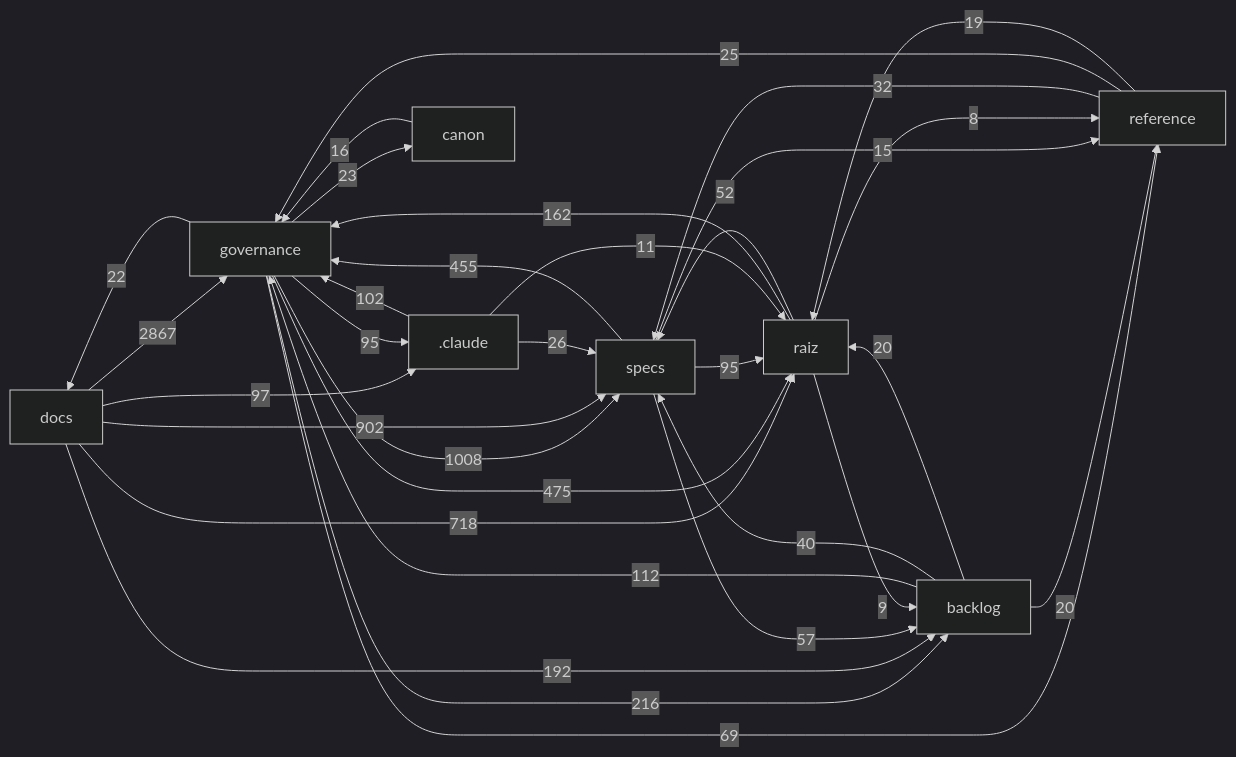
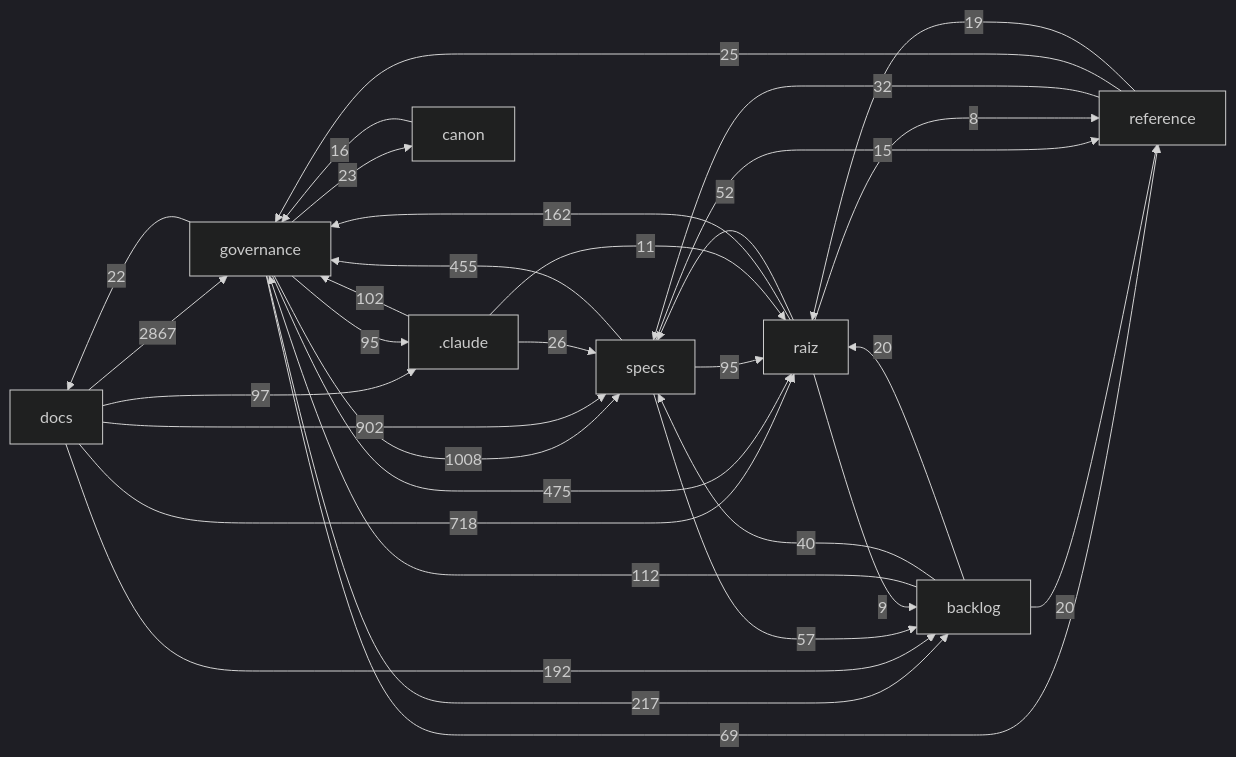
One commit to Andraus35/Sistema-Operacional-de-Trading--SOT changed the diagram in docs/mapa/MAPA-PROJETO.md. Above: the diagram before and after it, drawn with Mermaid (dark theme). The commit also changed other lines of this file and 3 other files, not shown here.

````diff
--- a/docs/mapa/MAPA-PROJETO.md
+++ b/docs/mapa/MAPA-PROJETO.md
@@ -29,34 +29,34 @@
 ```mermaid
 flowchart LR
   docs["docs"] -->|2867| governance["governance"]
   governance["governance"] -->|1008| specs["specs"]
   docs["docs"] -->|902| specs["specs"]
   docs["docs"] -->|718| raiz["raiz"]
   governance["governance"] -->|475| raiz["raiz"]
   specs["specs"] -->|455| governance["governance"]
-  governance["governance"] -->|216| backlog["backlog"]
+  governance["governance"] -->|217| backlog["backlog"]
   docs["docs"] -->|192| backlog["backlog"]
   raiz["raiz"] -->|162| governance["governance"]
   backlog["backlog"] -->|112| governance["governance"]
   _claude[".claude"] -->|102| governance["governance"]
   docs["docs"] -->|97| _claude[".claude"]
   governance["governance"] -->|95| _claude[".claude"]
   specs["specs"] -->|95| raiz["raiz"]
   governance["governance"] -->|69| reference["reference"]
   specs["specs"] -->|57| backlog["backlog"]
   raiz["raiz"] -->|52| specs["specs"]
   backlog["backlog"] -->|40| specs["specs"]
   reference["reference"] -->|32| specs["specs"]
   _claude[".claude"] -->|26| specs["specs"]
   reference["reference"] -->|25| governance["governance"]
   governance["governance"] -->|23| canon["canon"]
   governance["governance"] -->|22| docs["docs"]
   backlog["backlog"] -->|20| raiz["raiz"]
   backlog["backlog"] -->|20| reference["reference"]
   reference["reference"] -->|19| raiz["raiz"]
   canon["canon"] -->|16| governance["governance"]
   specs["specs"] -->|15| reference["reference"]
   _claude[".claude"] -->|11| raiz["raiz"]
   raiz["raiz"] -->|9| backlog["backlog"]
   raiz["raiz"] -->|8| reference["reference"]
 ```
````
